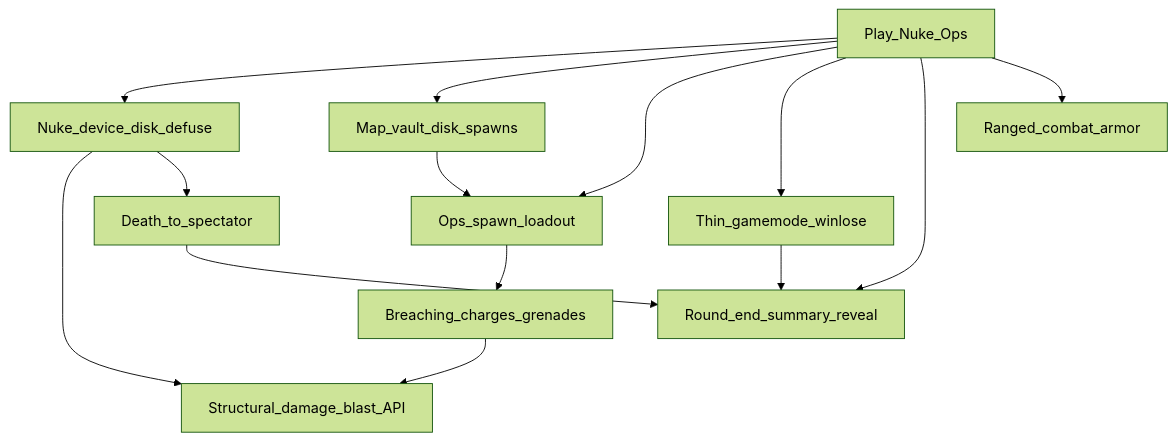
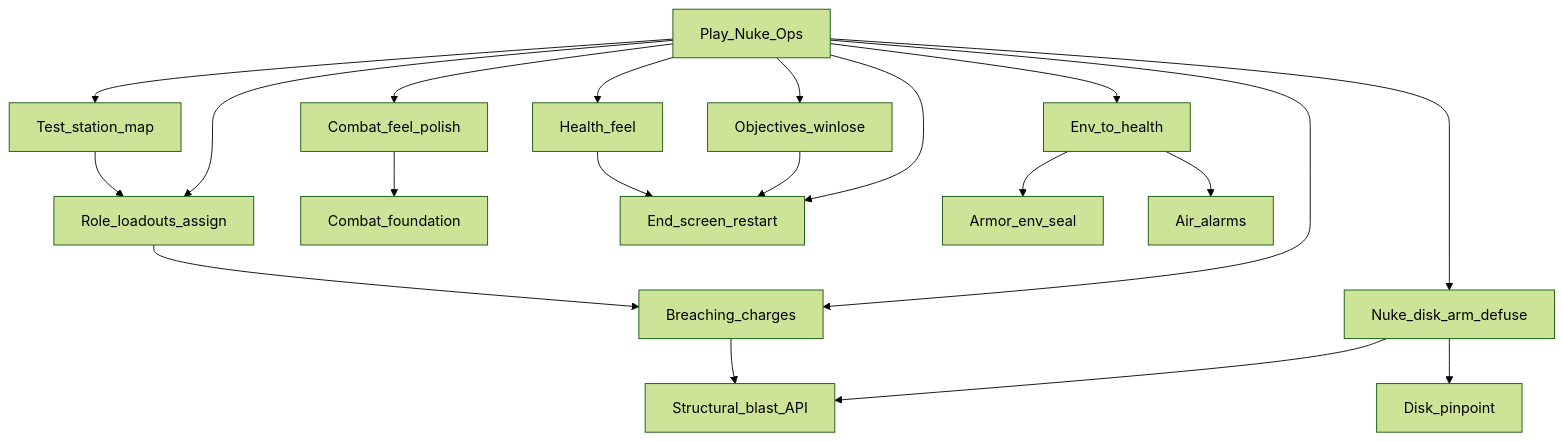
Before and after one commit to henkhooft/SS3D: the diagram in Documents/milestones/mvp1-nuke-ops.md, drawn with Mermaid (forest theme). The commit also changed other lines of this file and 2 other files, not shown here.

First line of the commit message:
Expand MVP1 milestones to the real Nuke Ops playtest bar.

````diff
--- a/Documents/milestones/mvp1-nuke-ops.md
+++ b/Documents/milestones/mvp1-nuke-ops.md
@@ -25,27 +27,38 @@
 ```mermaid
 flowchart TB
   mvp1[Play_Nuke_Ops]
-  combat[Ranged_combat_armor]
-  struct[Structural_damage_blast_API]
-  death[Death_to_spectator]
-  nuke[Nuke_device_disk_defuse]
-  items[Breaching_charges_grenades]
-  map[Map_vault_disk_spawns]
-  loadout[Ops_spawn_loadout]
-  mode[Thin_gamemode_winlose]
-  roundend[Round_end_summary_reveal]
+  map[Test_station_map]
+  loadout[Role_loadouts_assign]
+  combat[Combat_foundation]
+  polish[Combat_feel_polish]
+  healthfeel[Health_feel]
+  struct[Structural_blast_API]
+  breach[Breaching_charges]
+  nuke[Nuke_disk_arm_defuse]
+  locator[Disk_pinpoint]
+  mode[Objectives_winlose]
+  roundend[End_screen_restart]
+  env[Env_to_health]
+  armorseal[Armor_env_seal]
+  alarms[Air_alarms]
 
-  mvp1 --> nuke
   mvp1 --> map
   mvp1 --> loadout
+  mvp1 --> polish
+  mvp1 --> healthfeel
+  mvp1 --> nuke
   mvp1 --> mode
   mvp1 --> roundend
-  mvp1 --> combat
+  mvp1 --> env
+  mvp1 --> breach
+  map --> loadout
+  polish --> combat
   nuke --> struct
-  nuke --> death
-  items --> struct
-  loadout --> items
+  nuke --> locator
+  breach --> struct
+  loadout --> breach
   mode --> roundend
-  death --> roundend
-  map --> loadout
+  env --> armorseal
+  env --> alarms
+  healthfeel --> roundend
 ```
````
